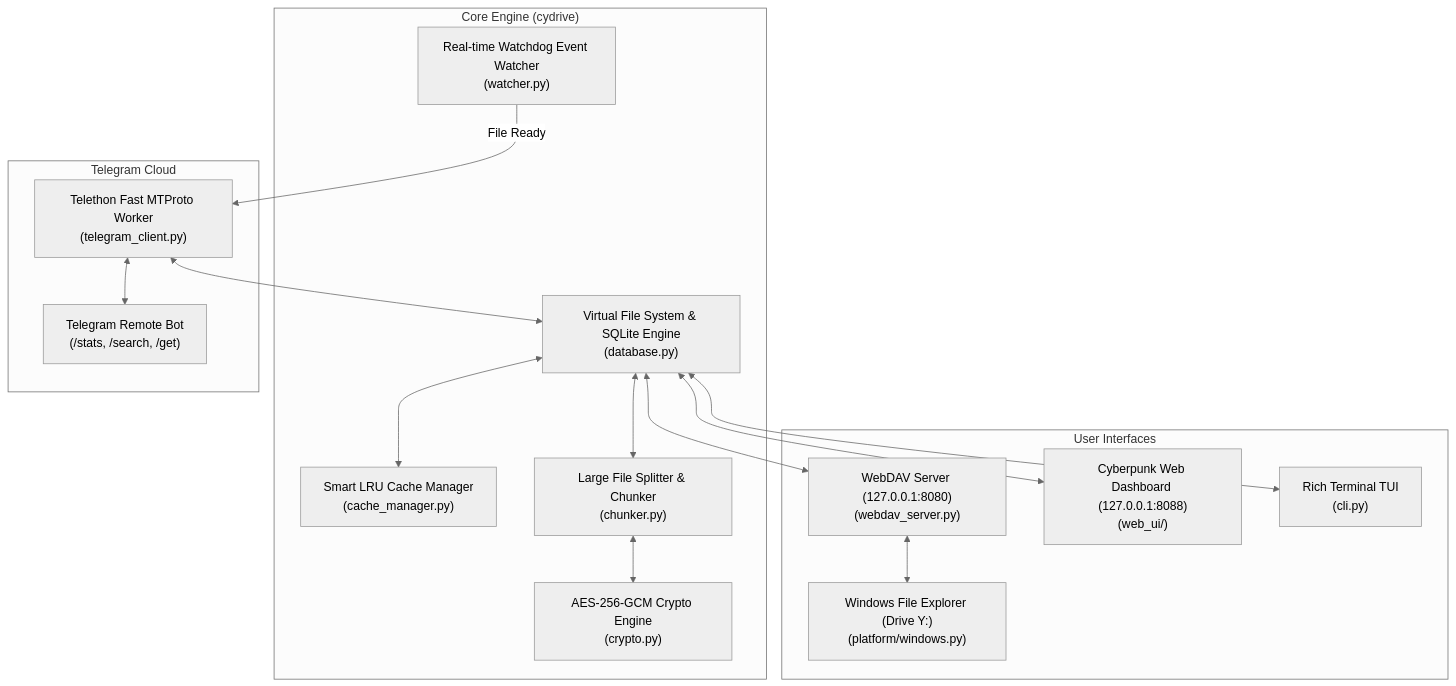
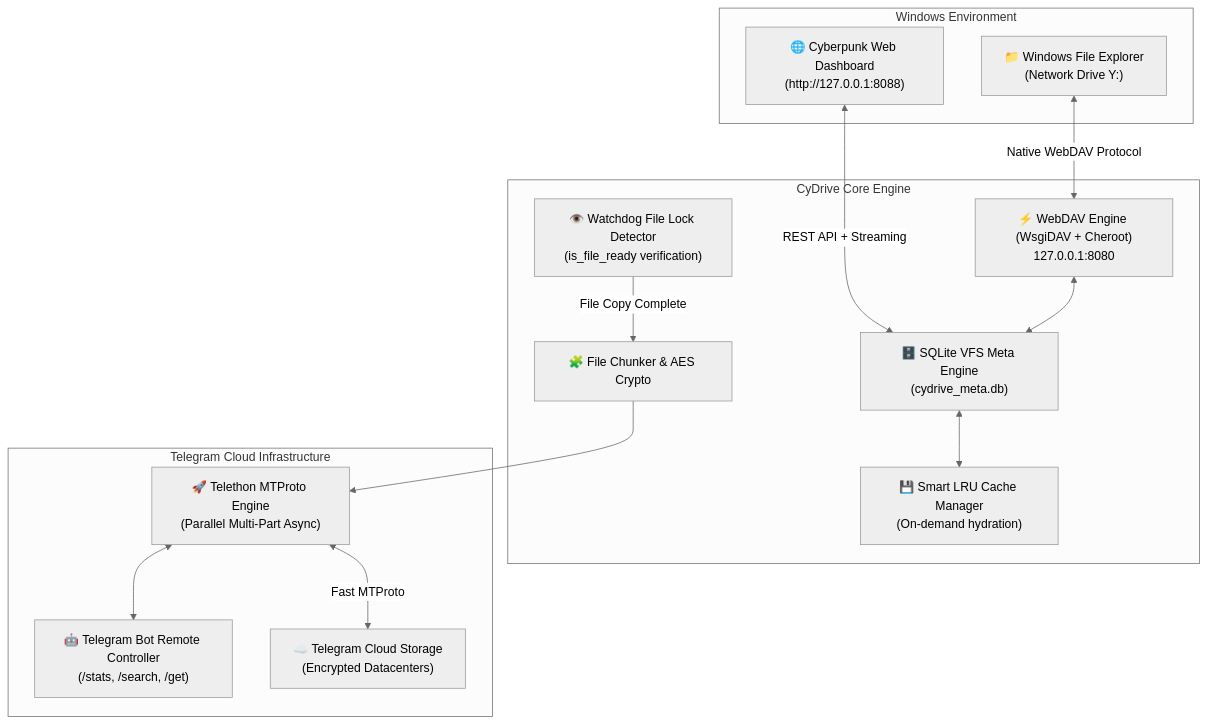
Before and after one commit to lp1688/CyDrive: the diagram in README.md, drawn with Mermaid (neutral theme). The commit also changed other lines of this file, not shown here.

Commit message:
docs: complete, humanize, and polish documentation with real-world guides, FAQ, and comparisons

````diff
--- a/README.md
+++ b/README.md
@@ -53,34 +83,30 @@
 ```mermaid
-graph TD
-    subgraph "Core Engine (cydrive)"
-        VFS["Virtual File System & SQLite Engine<br/>(database.py)"]
-        WATCHER["Real-time Watchdog Event Watcher<br/>(watcher.py)"]
-        CACHE["Smart LRU Cache Manager<br/>(cache_manager.py)"]
-        CHUNKER["Large File Splitter & Chunker<br/>(chunker.py)"]
-        CRYPTO["AES-256-GCM Crypto Engine<br/>(crypto.py)"]
+flowchart TD
+    subgraph Windows Environment
+        EXP["📁 Windows File Explorer<br/>(Network Drive Y:)"]
+        WEB["🌐 Cyberpunk Web Dashboard<br/>(http://127.0.0.1:8088)"]
     end
 
-    subgraph "Telegram Cloud"
-        MTPROTO["Telethon Fast MTProto Worker<br/>(telegram_client.py)"]
-        BOT["Telegram Remote Bot<br/>(/stats, /search, /get)"]
+    subgraph CyDrive Core Engine
+        WEBDAV["⚡ WebDAV Engine (WsgiDAV + Cheroot)<br/>127.0.0.1:8080"]
+        VFS["🗄️ SQLite VFS Meta Engine<br/>(cydrive_meta.db)"]
+        WATCHER["👁️ Watchdog File Lock Detector<br/>(is_file_ready verification)"]
+        CACHE["💾 Smart LRU Cache Manager<br/>(On-demand hydration)"]
+        CHUNK["🧩 File Chunker & AES Crypto"]
     end
 
-    subgraph "User Interfaces"
-        WEBDAV["WebDAV Server (127.0.0.1:8080)<br/>(webdav_server.py)"]
-        WIN_DRIVE["Windows File Explorer (Drive Y:)<br/>(platform/windows.py)"]
-        WEBUI["Cyberpunk Web Dashboard (127.0.0.1:8088)<br/>(web_ui/)"]
-        CLI["Rich Terminal TUI<br/>(cli.py)"]
+    subgraph Telegram Cloud Infrastructure
+        CLIENT["🚀 Telethon MTProto Engine<br/>(Parallel Multi-Part Async)"]
+        BOT["🤖 Telegram Bot Remote Controller<br/>(/stats, /search, /get)"]
+        CLOUD["☁️ Telegram Cloud Storage<br/>(Encrypted Datacenters)"]
     end
 
-    WATCHER -->|File Ready| MTPROTO
-    MTPROTO <--> BOT
-    MTPROTO <--> VFS
+    EXP <-->|Native WebDAV Protocol| WEBDAV
+    WEB <-->|REST API + Streaming| VFS
+    WEBDAV <--> VFS
     VFS <--> CACHE
-    VFS <--> CHUNKER
-    CHUNKER <--> CRYPTO
-
-    VFS <--> WEBDAV
-    WEBDAV <--> WIN_DRIVE
-    VFS <--> WEBUI
-    VFS <--> CLI
+    WATCHER -->|File Copy Complete| CHUNK
+    CHUNK --> CLIENT
+    CLIENT <--> BOT
+    CLIENT <-->|Fast MTProto| CLOUD
 ```
````
